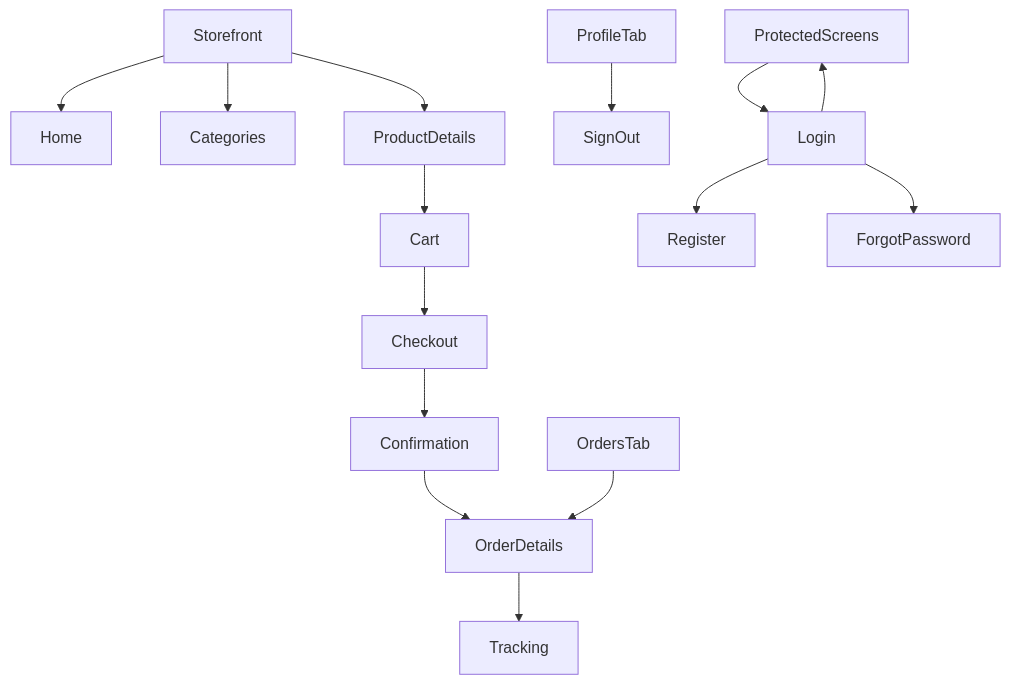
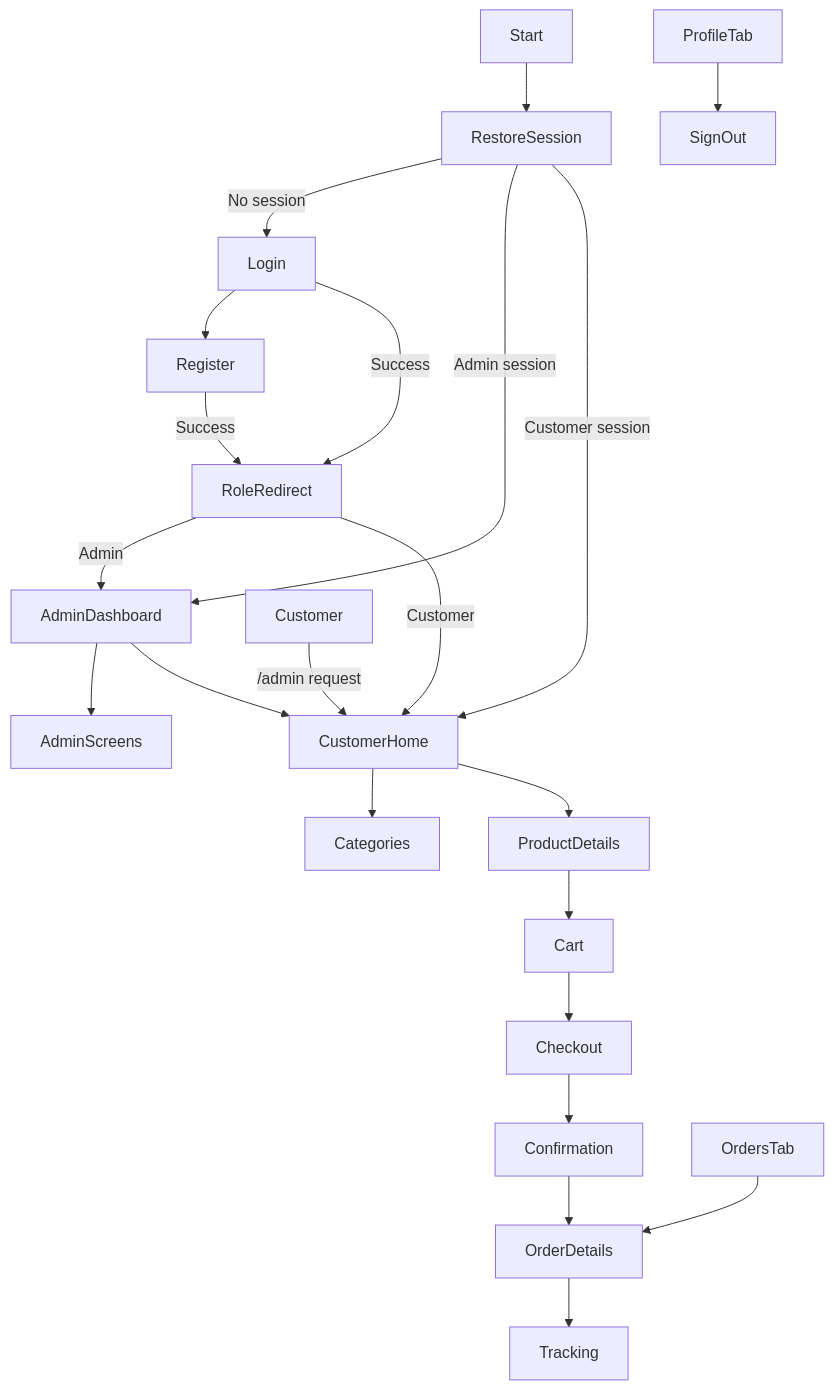
Before and after one commit to MUHUMURIZE/D-G-E-Commerce-Mobile-App: the diagram in README.md, drawn with Mermaid. The commit also changed other lines of this file and 26 other files, not shown here.

````diff
--- a/README.md
+++ b/README.md
@@ -91,17 +95,24 @@
 ```mermaid
 flowchart TD
-  Storefront --> Home
-  Storefront --> Categories
-  Storefront --> ProductDetails
+  Start --> RestoreSession
+  RestoreSession -->|No session| Login
+  Login --> Register
+  Register -->|Success| RoleRedirect
+  Login -->|Success| RoleRedirect
+  RestoreSession -->|Admin session| AdminDashboard
+  RestoreSession -->|Customer session| CustomerHome
+  RoleRedirect -->|Admin| AdminDashboard
+  RoleRedirect -->|Customer| CustomerHome
+  AdminDashboard --> AdminScreens
+  AdminDashboard --> CustomerHome
+  CustomerHome --> Categories
+  CustomerHome --> ProductDetails
   ProductDetails --> Cart
   Cart --> Checkout
   Checkout --> Confirmation
   Confirmation --> OrderDetails
   OrderDetails --> Tracking
   OrdersTab --> OrderDetails
   ProfileTab --> SignOut
-  ProtectedScreens --> Login
-  Login --> ProtectedScreens
-  Login --> Register
-  Login --> ForgotPassword
+  Customer -->|/admin request| CustomerHome
 ```
````
